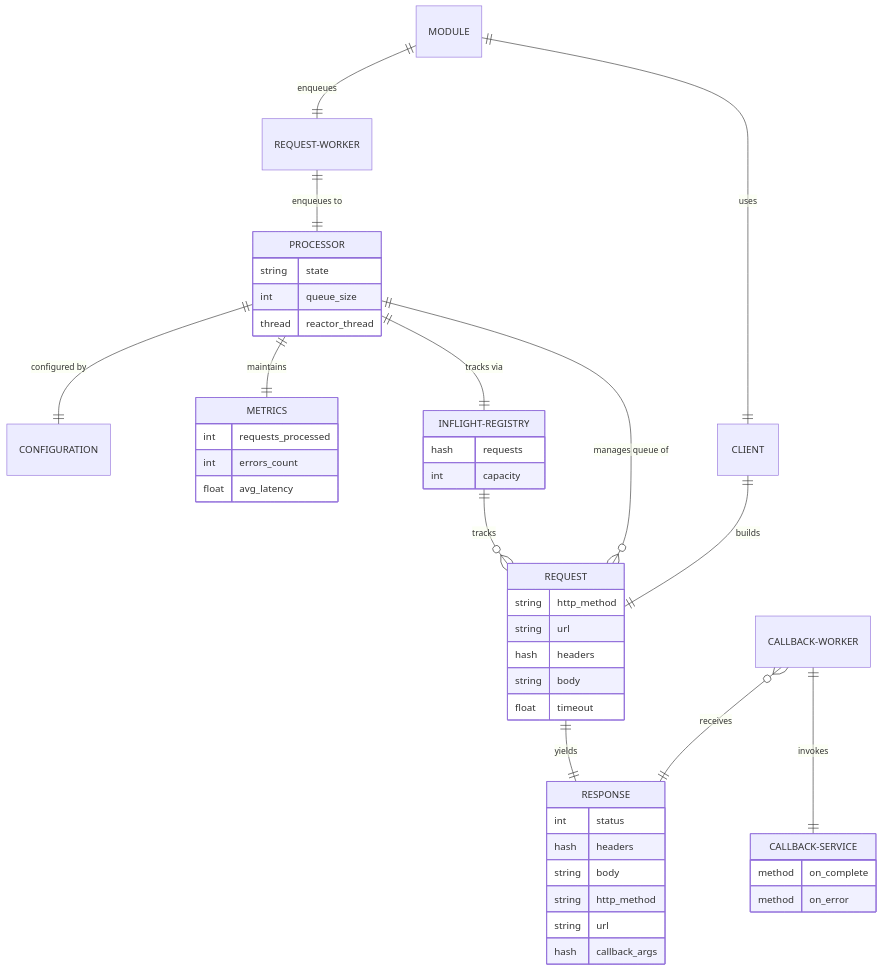
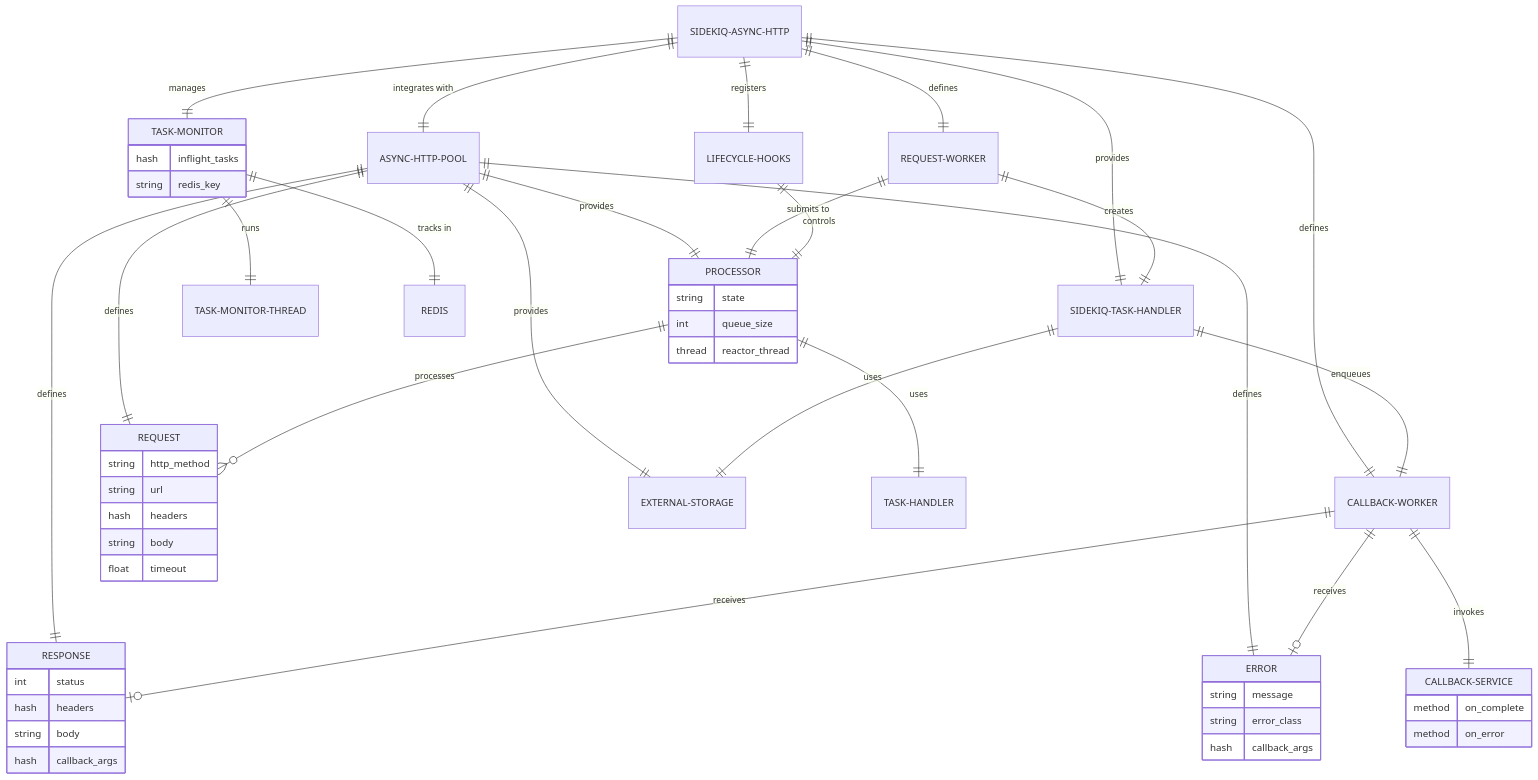
The second of 2 diagrams in ARCHITECTURE.md (bdurand/patient_http-sidekiq), drawn with Mermaid before and after one commit. The commit also changed other lines of this file and 2 other files, not shown here.

````diff
--- a/ARCHITECTURE.md
+++ b/ARCHITECTURE.md
@@ -112,58 +151,70 @@
 ```mermaid
 erDiagram
-    PROCESSOR ||--o{ REQUEST : "manages queue of"
-    PROCESSOR ||--|| INFLIGHT-REGISTRY : "tracks via"
-    PROCESSOR ||--|| METRICS : "maintains"
-    PROCESSOR ||--|| CONFIGURATION : "configured by"
+    SIDEKIQ-ASYNC-HTTP ||--|| ASYNC-HTTP-POOL : "integrates with"
+    SIDEKIQ-ASYNC-HTTP ||--|| SIDEKIQ-TASK-HANDLER : "provides"
+    SIDEKIQ-ASYNC-HTTP ||--|| REQUEST-WORKER : "defines"
+    SIDEKIQ-ASYNC-HTTP ||--|| CALLBACK-WORKER : "defines"
+    SIDEKIQ-ASYNC-HTTP ||--|| TASK-MONITOR : "manages"
+    SIDEKIQ-ASYNC-HTTP ||--|| LIFECYCLE-HOOKS : "registers"
 
-    MODULE ||--|| CLIENT : "uses"
-    MODULE ||--|| REQUEST-WORKER : "enqueues"
+    ASYNC-HTTP-POOL ||--|| PROCESSOR : "provides"
+    ASYNC-HTTP-POOL ||--|| REQUEST : "defines"
+    ASYNC-HTTP-POOL ||--|| RESPONSE : "defines"
+    ASYNC-HTTP-POOL ||--|| ERROR : "defines"
+    ASYNC-HTTP-POOL ||--|| EXTERNAL-STORAGE : "provides"
 
-    CLIENT ||--|| REQUEST : "builds"
-    REQUEST ||--|| RESPONSE : "yields"
+    PROCESSOR ||--|| TASK-HANDLER : "uses"
+    PROCESSOR ||--o{ REQUEST : "processes"
 
-    REQUEST-WORKER ||--|| PROCESSOR : "enqueues to"
+    SIDEKIQ-TASK-HANDLER ||--|| CALLBACK-WORKER : "enqueues"
+    SIDEKIQ-TASK-HANDLER ||--|| EXTERNAL-STORAGE : "uses"
+
+    REQUEST-WORKER ||--|| PROCESSOR : "submits to"
+    REQUEST-WORKER ||--|| SIDEKIQ-TASK-HANDLER : "creates"
+
     CALLBACK-WORKER ||--|| CALLBACK-SERVICE : "invokes"
+    CALLBACK-WORKER ||--o| RESPONSE : "receives"
+    CALLBACK-WORKER ||--o| ERROR : "receives"
 
-    INFLIGHT-REGISTRY ||--o{ REQUEST : "tracks"
-    CALLBACK-WORKER }o--|| RESPONSE : "receives"
+    TASK-MONITOR ||--|| TASK-MONITOR-THREAD : "runs"
+    TASK-MONITOR ||--|| REDIS : "tracks in"
+
+    LIFECYCLE-HOOKS ||--|| PROCESSOR : "controls"
 
     PROCESSOR {
         string state
         int queue_size
         thread reactor_thread
     }
 
     REQUEST {
         string http_method
         string url
         hash headers
         string body
         float timeout
     }
 
     RESPONSE {
         int status
         hash headers
         string body
-        string http_method
-        string url
+        hash callback_args
+    }
+
+    ERROR {
+        string message
+        string error_class
         hash callback_args
     }
 
     CALLBACK-SERVICE {
         method on_complete
         method on_error
     }
 
-    INFLIGHT-REGISTRY {
-        hash requests
-        int capacity
-    }
-
-    METRICS {
-        int requests_processed
-        int errors_count
-        float avg_latency
+    TASK-MONITOR {
+        hash inflight_tasks
+        string redis_key
     }
 ```
````
